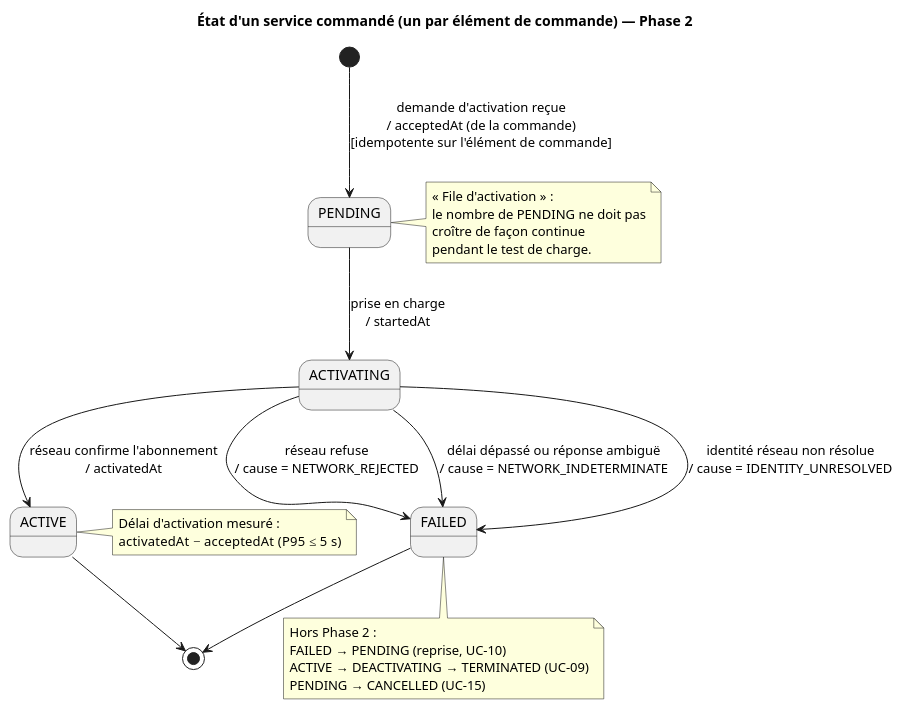
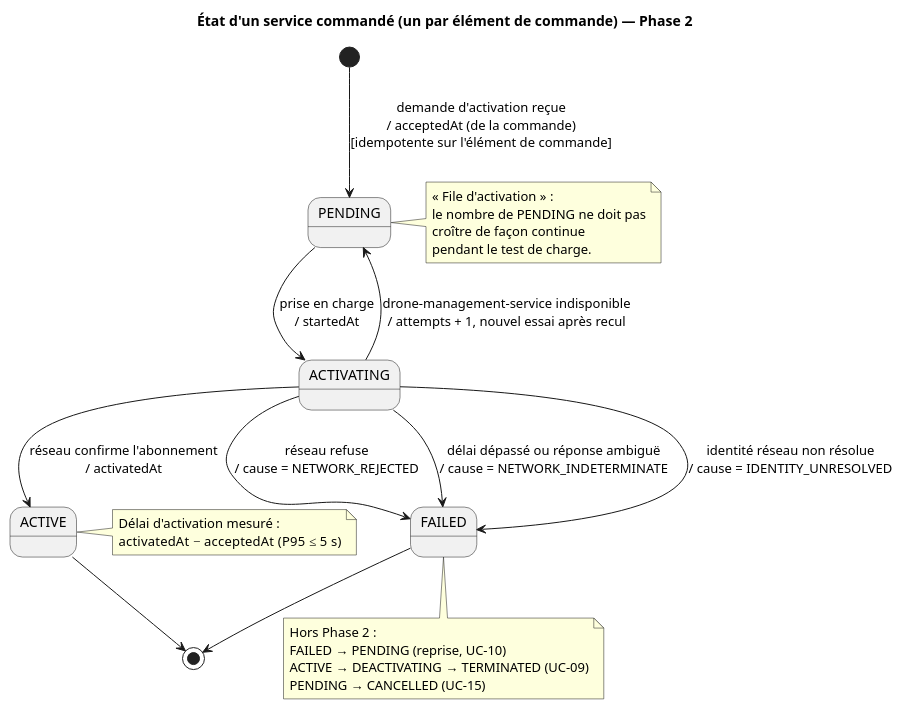
Before and after one commit to COGvc/LOG430-Projet2: the diagram in docs/diagrams/etats-service.puml, drawn with PlantUML. The commit also changed 7 other files, not shown here.

First line of the commit message:
Diagrammes à jour, résultats de la mesure finale, retrait d'un .DS_Store

```diff
--- a/docs/diagrams/etats-service.puml
+++ b/docs/diagrams/etats-service.puml
@@ -1,34 +1,35 @@
 @startuml etats-service
 title État d'un service commandé (un par élément de commande) — Phase 2
 
 [*] --> PENDING : demande d'activation reçue\n/ acceptedAt (de la commande)\n[idempotente sur l'élément de commande]
 
 PENDING --> ACTIVATING : prise en charge\n/ startedAt
+ACTIVATING --> PENDING : drone-management-service indisponible\n/ attempts + 1, nouvel essai après recul
 
 ACTIVATING --> ACTIVE : réseau confirme l'abonnement\n/ activatedAt
 ACTIVATING --> FAILED : réseau refuse\n/ cause = NETWORK_REJECTED
 ACTIVATING --> FAILED : délai dépassé ou réponse ambiguë\n/ cause = NETWORK_INDETERMINATE
 ACTIVATING --> FAILED : identité réseau non résolue\n/ cause = IDENTITY_UNRESOLVED
 
 ACTIVE --> [*]
 FAILED --> [*]
 
 note right of PENDING
   « File d'activation » :
   le nombre de PENDING ne doit pas
   croître de façon continue
   pendant le test de charge.
 end note
 
 note right of ACTIVE
   Délai d'activation mesuré :
   activatedAt − acceptedAt (P95 ≤ 5 s)
 end note
 
 note bottom of FAILED
   Hors Phase 2 :
   FAILED → PENDING (reprise, UC-10)
   ACTIVE → DEACTIVATING → TERMINATED (UC-09)
   PENDING → CANCELLED (UC-15)
 end note
 @enduml
```
